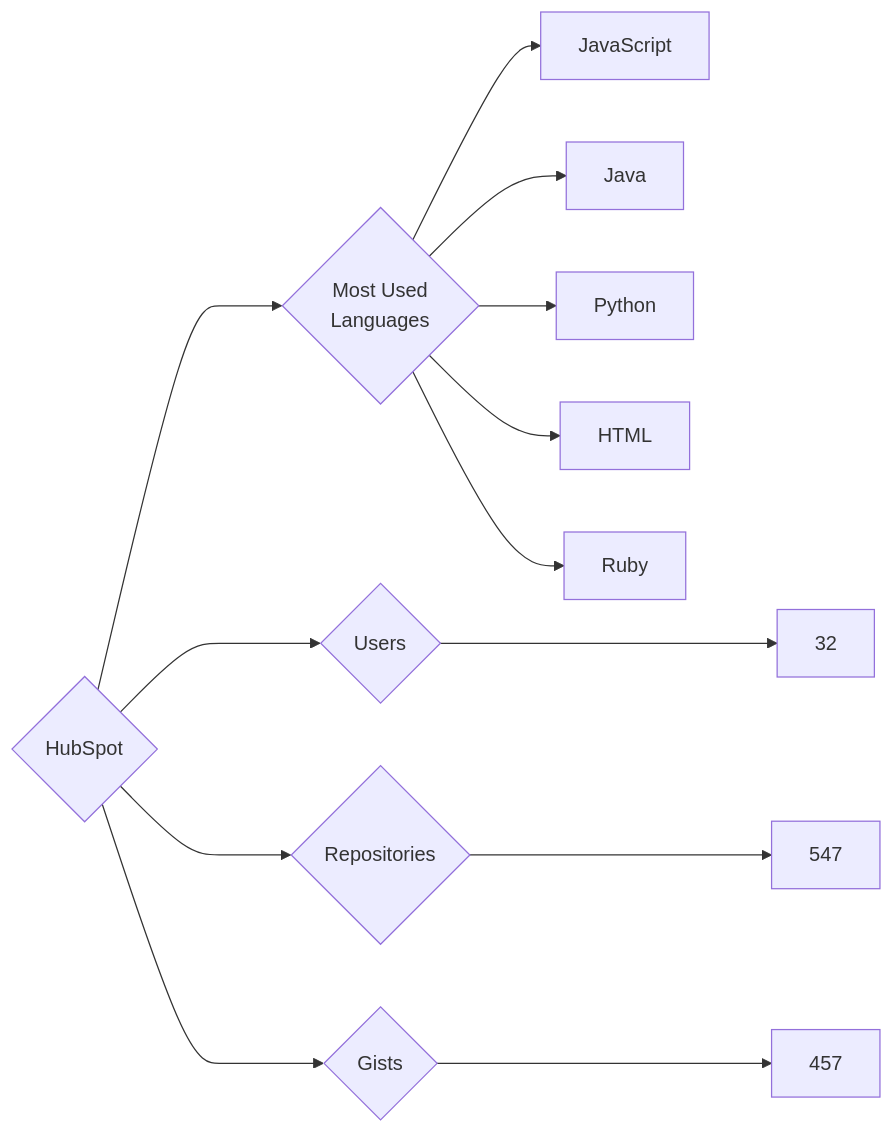
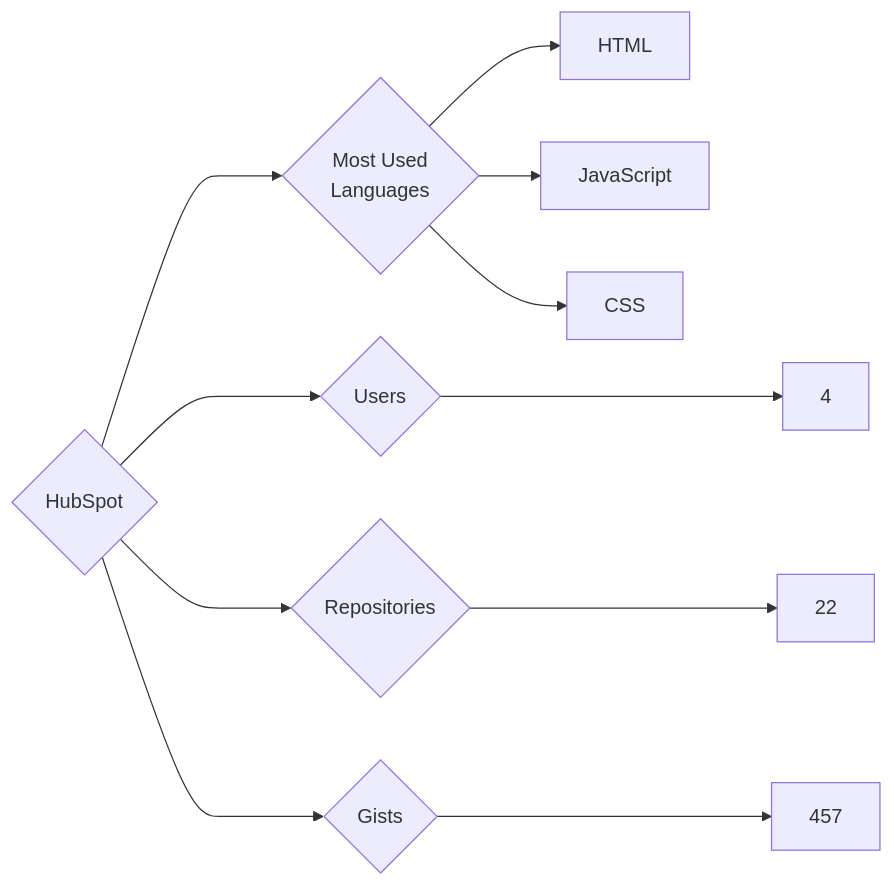
The diagram in targets/HubSpot/README.md (trickest/insiders), drawn with Mermaid before and after one commit. The commit also changed 934 other files, not shown here.

````diff
--- a/targets/HubSpot/README.md
+++ b/targets/HubSpot/README.md
@@ -3,13 +3,11 @@
 ```mermaid
 graph LR
 COMPANY_NAME{HubSpot}
-COMPANY_NAME ---> U{Users} ---> UN[32]
-COMPANY_NAME ---> R{Repositories} ---> RN[547]
+COMPANY_NAME ---> U{Users} ---> UN[4]
+COMPANY_NAME ---> R{Repositories} ---> RN[22]
 COMPANY_NAME ---> G{Gists} ---> GN[457]
 COMPANY_NAME ---> ML{Most Used<br>Languages}
+ML --> HTML[HTML]
 ML --> JavaScript[JavaScript]
-ML --> Java[Java]
-ML --> Python[Python]
-ML --> HTML[HTML]
-ML --> Ruby[Ruby]
+ML --> CSS[CSS]
 ```
````
